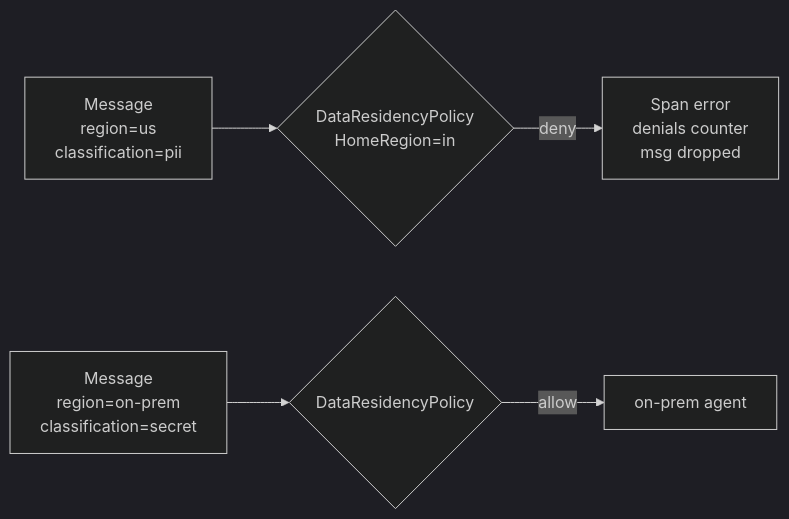
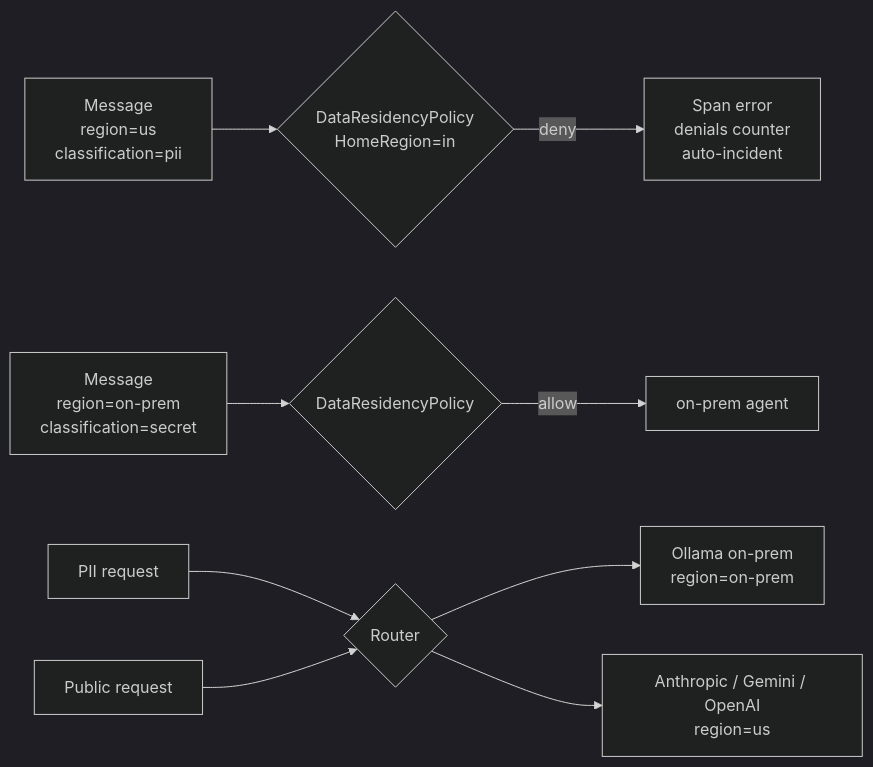
One commit to c2siorg/genie changed diagram 18 of 21 in README.md. Above: the diagram before and after it, drawn with Mermaid (dark theme). The commit also changed other lines of this file and 21 other files, not shown here.

First line of the commit message:
Real LLM providers, vision OCR, pgvector, GraphRAG, OAuth flows, federated learning + detailed README

````diff
--- a/README.md
+++ b/README.md
@@ -718,7 +1140,12 @@
 ```mermaid
 flowchart LR
     MSG[Message<br/>region=us<br/>classification=pii] --> POL{DataResidencyPolicy<br/>HomeRegion=in}
-    POL -- deny --> X[Span error<br/>denials counter<br/>msg dropped]
+    POL -- deny --> X[Span error<br/>denials counter<br/>auto-incident]
     OK[Message<br/>region=on-prem<br/>classification=secret] --> POL2{DataResidencyPolicy}
     POL2 -- allow --> AGENT[on-prem agent]
+
+    PII[PII request] --> ROUTE{Router}
+    ROUTE --> LOCAL[Ollama on-prem<br/>region=on-prem]
+    PUBLIC[Public request] --> ROUTE
+    ROUTE --> REMOTE[Anthropic / Gemini / OpenAI<br/>region=us]
 ```
````
